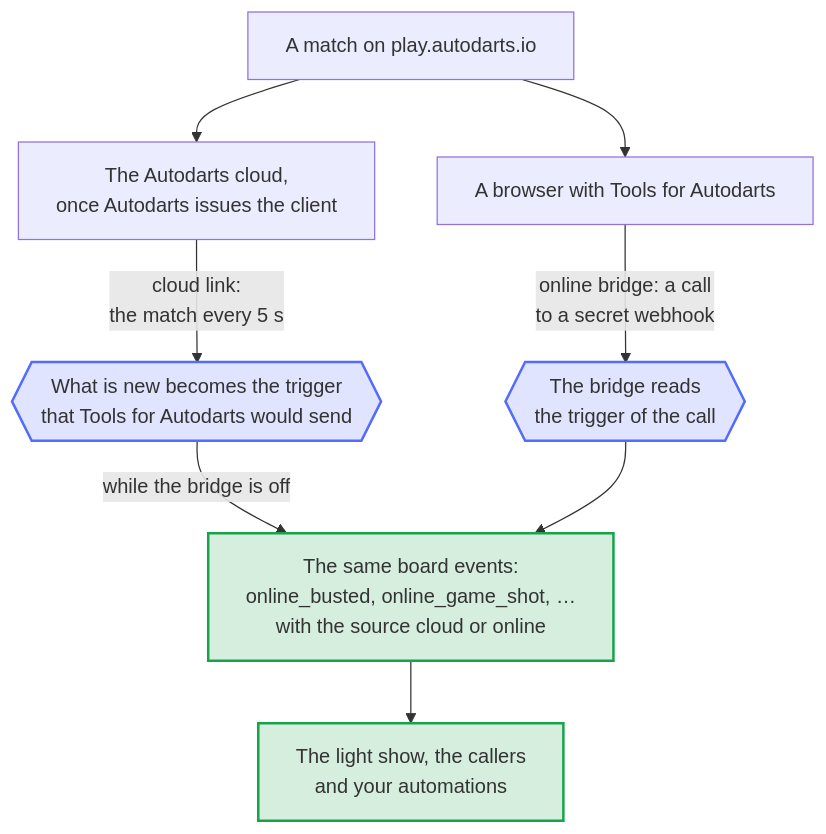
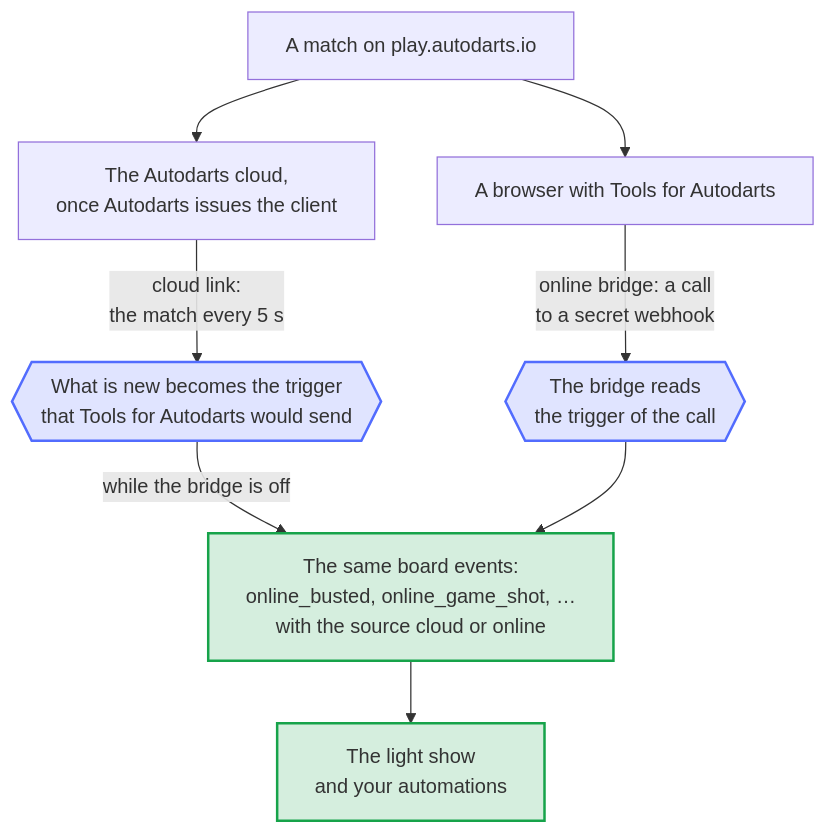
One commit to Dennis-Otto/ha-autodarts changed the diagram in docs/diagrams/online-moments.en.mmd. Above: the diagram before and after it, drawn with Mermaid. The commit also changed 15 other files, not shown here.

First line of the commit message:
fix(cloud): name a bot's visit bot_throw and correct the cloud link docs

```diff
--- a/docs/diagrams/online-moments.en.mmd
+++ b/docs/diagrams/online-moments.en.mmd
@@ -1,21 +1,21 @@
 ---
 config:
   flowchart:
     wrappingWidth: 400
 ---
 flowchart TB
   accTitle: Two ways for the moments of an online match
-  accDescr: A match on play.autodarts.io reaches Home Assistant in one of two ways. With the cloud link, once Autodarts issues its client, the integration reads the state of the match from the Autodarts cloud every 5 seconds and turns what is new into the triggers of Tools for Autodarts. With the online bridge, Tools for Autodarts in the browser calls a secret webhook of Home Assistant. Both become the same board events, such as online_busted and online_game_shot, for the light show, the callers and your automations. While the bridge is switched on, it alone reports the moments.
+  accDescr: A match on play.autodarts.io reaches Home Assistant in one of two ways. With the cloud link, once Autodarts issues its client, the integration reads the state of the match from the Autodarts cloud every 5 seconds and turns what is new into the triggers of Tools for Autodarts. With the online bridge, Tools for Autodarts in the browser calls a secret webhook of Home Assistant. Both become the same board events, such as online_busted and online_game_shot, for the light show and your automations. While the bridge is switched on, it alone reports the moments.
 
   MATCH["A match on play.autodarts.io"] --> CLOUD["The Autodarts cloud,<br/>once Autodarts issues the client"]
   MATCH --> BROWSER["A browser with Tools for Autodarts"]
   CLOUD -->|"cloud link:<br/>the match every 5 s"| MOMENTS{{"What is new becomes the trigger<br/>that Tools for Autodarts would send"}}
   BROWSER -->|"online bridge: a call<br/>to a secret webhook"| BRIDGE{{"The bridge reads<br/>the trigger of the call"}}
   MOMENTS -->|"while the bridge is off"| EVENTS["The same board events:<br/>online_busted, online_game_shot, …<br/>with the source cloud or online"]
   BRIDGE --> EVENTS
-  EVENTS --> USE["The light show, the callers<br/>and your automations"]
+  EVENTS --> USE["The light show<br/>and your automations"]
 
   classDef bot fill:#526cfe2e,stroke:#526cfe,stroke-width:2px
   classDef done fill:#16a34a2e,stroke:#16a34a,stroke-width:2px
   class MOMENTS,BRIDGE bot
   class EVENTS,USE done
```
